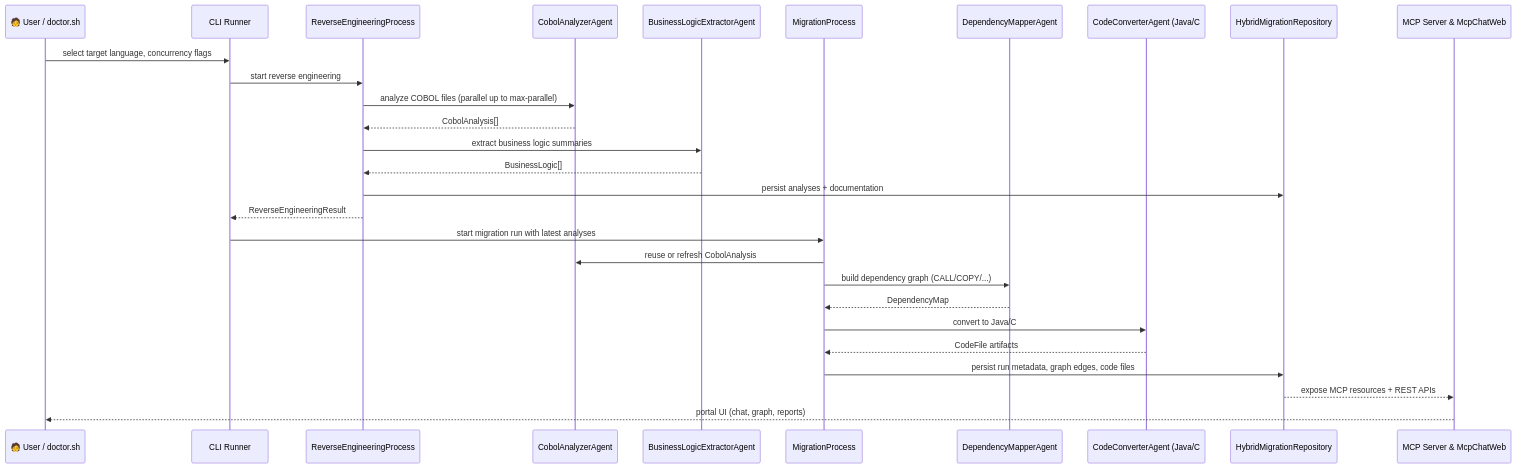
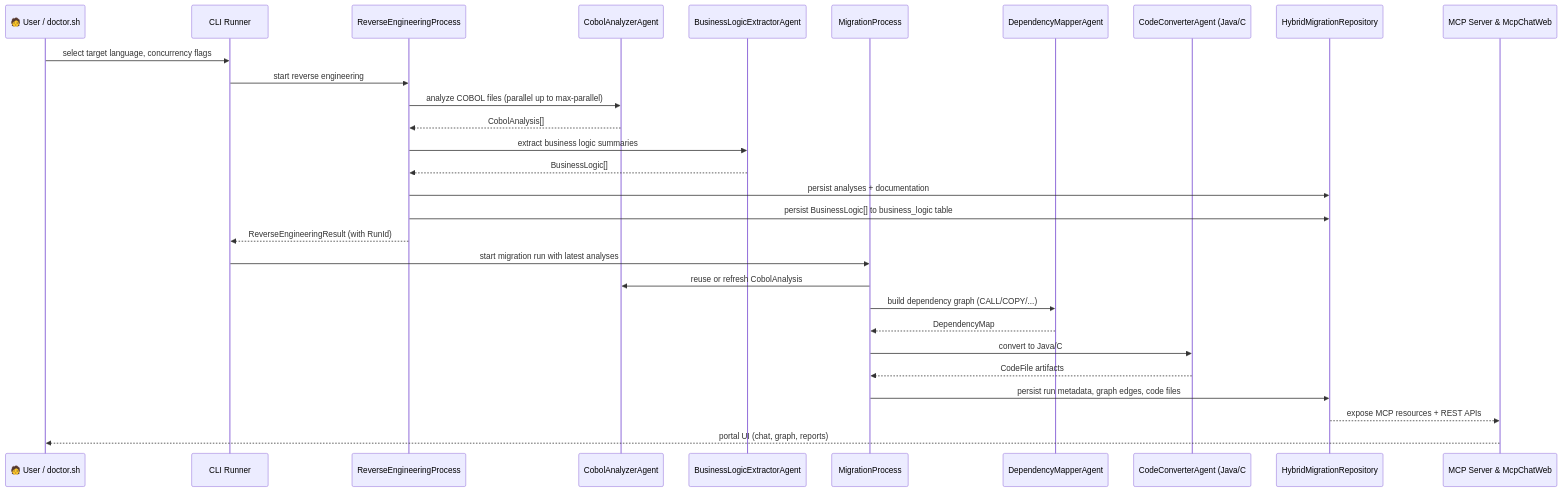
Before and after one commit to Azure-Samples/Legacy-Modernization-Agents: the fifth of 6 diagrams in README.md, drawn with Mermaid. The commit also changed other lines of this file and 19 other files, not shown here.

First line of the commit message:
feat: Enhance reverse engineering process with dependency mapping and business logic persistence

````diff
--- a/README.md
+++ b/README.md
@@ -756,31 +773,32 @@
 ```mermaid
 sequenceDiagram
   participant User as 🧑 User / doctor.sh
   participant CLI as CLI Runner
   participant RE as ReverseEngineeringProcess
   participant Analyzer as CobolAnalyzerAgent
   participant BizLogic as BusinessLogicExtractorAgent
   participant Migration as MigrationProcess
   participant DepMap as DependencyMapperAgent
   participant Converter as CodeConverterAgent (Java/C#)
   participant Repo as HybridMigrationRepository
   participant Portal as MCP Server & McpChatWeb
 
   User->>CLI: select target language, concurrency flags
   CLI->>RE: start reverse engineering
   RE->>Analyzer: analyze COBOL files (parallel up to max-parallel)
   Analyzer-->>RE: CobolAnalysis[]
   RE->>BizLogic: extract business logic summaries
   BizLogic-->>RE: BusinessLogic[]
   RE->>Repo: persist analyses + documentation
-  RE-->>CLI: ReverseEngineeringResult
+  RE->>Repo: persist BusinessLogic[] to business_logic table
+  RE-->>CLI: ReverseEngineeringResult (with RunId)
   CLI->>Migration: start migration run with latest analyses
   Migration->>Analyzer: reuse or refresh CobolAnalysis
   Migration->>DepMap: build dependency graph (CALL/COPY/...)
   DepMap-->>Migration: DependencyMap
   Migration->>Converter: convert to Java/C# (AI-limited concurrency)
   Converter-->>Migration: CodeFile artifacts
   Migration->>Repo: persist run metadata, graph edges, code files
   Repo-->>Portal: expose MCP resources + REST APIs
   Portal-->>User: portal UI (chat, graph, reports)
 ```
````
